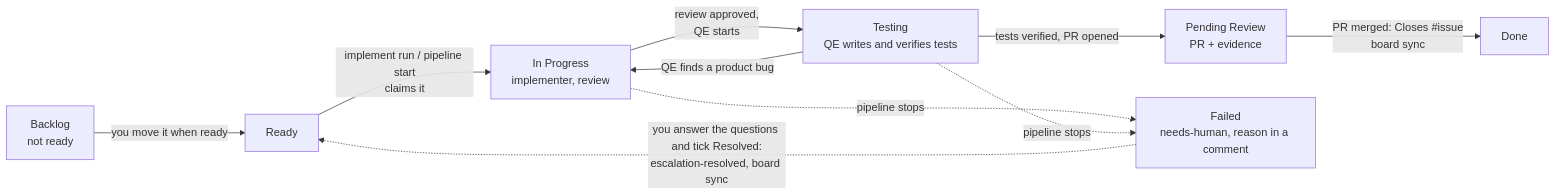
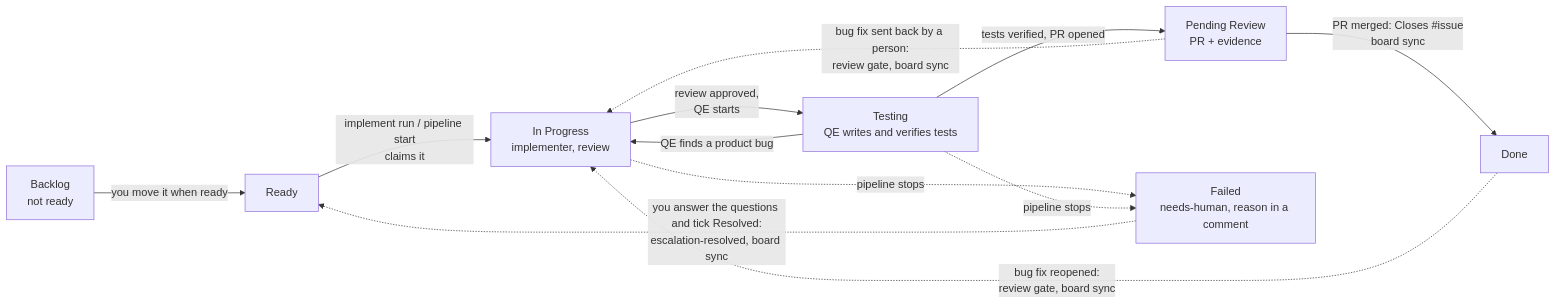
The diagram in docs/ai-pipeline/board.md (armandodollia-slalom/AI-Immersion-eShop), drawn with Mermaid before and after one commit. The commit also changed other lines of this file and 10 other files, not shown here.

First line of the commit message:
Docs: mirror the review gate across the pipeline and architecture docs

````diff
--- a/docs/ai-pipeline/board.md
+++ b/docs/ai-pipeline/board.md
@@ -9,12 +9,14 @@
 ```mermaid
 flowchart LR
   B[Backlog<br/>not ready] -->|you move it when ready| T[Ready]
   T -->|implement run / pipeline start<br/>claims it| P[In Progress<br/>implementer, review]
   P -->|review approved,<br/>QE starts| Q[Testing<br/>QE writes and verifies tests]
   Q -->|QE finds a product bug| P
   Q -->|tests verified, PR opened| R[Pending Review<br/>PR + evidence]
   R -->|PR merged: Closes #issue<br/>board sync| D[Done]
+  R -.->|bug fix sent back by a person:<br/>review gate, board sync| P
+  D -.->|bug fix reopened:<br/>review gate, board sync| P
   P -.->|pipeline stops| F[Failed<br/>needs-human, reason in a comment]
   Q -.->|pipeline stops| F
   F -.->|you answer the questions and tick Resolved:<br/>escalation-resolved, board sync| T
 ```
````
